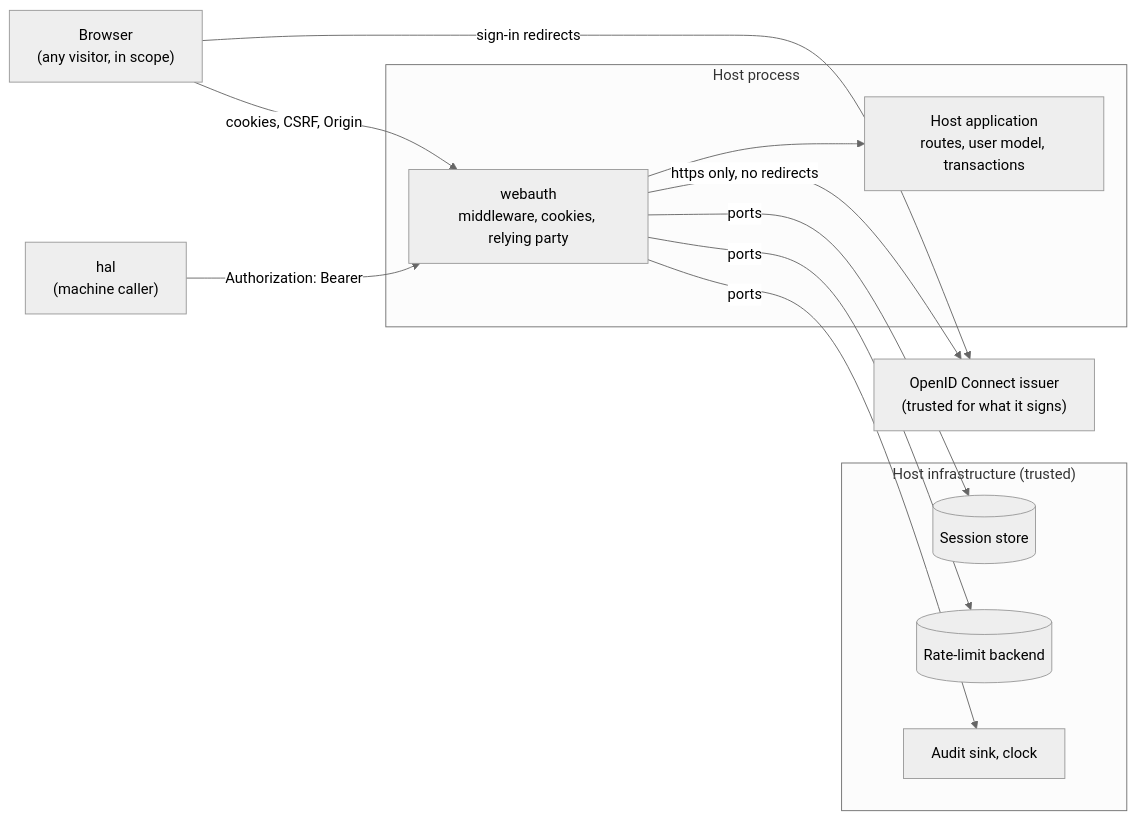
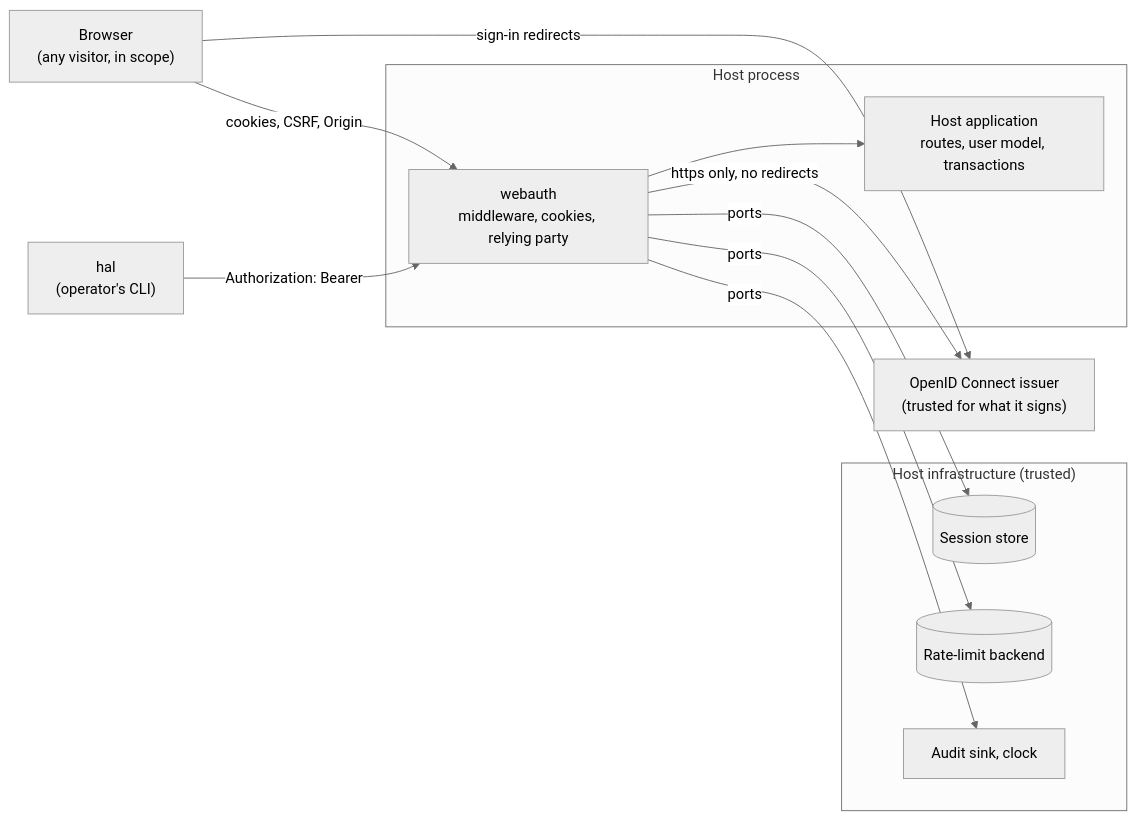
Before and after one commit to overnightworks/webauth: the first of 2 diagrams in docs/ARCHITECTURE.md, drawn with Mermaid (neutral theme). The commit also changed other lines of this file and 3 other files, not shown here.

````diff
--- a/docs/ARCHITECTURE.md
+++ b/docs/ARCHITECTURE.md
@@ -7,16 +7,16 @@
 ```mermaid
 flowchart LR
     subgraph process["Host process"]
         lib["webauth<br/>middleware, cookies, relying party"] --> host["Host application<br/>routes, user model, transactions"]
     end
     subgraph stores["Host infrastructure (trusted)"]
         sessions[("Session store")]
         limits[("Rate-limit backend")]
         audit["Audit sink, clock"]
     end
     browser["Browser<br/>(any visitor, in scope)"] -- "cookies, CSRF, Origin" --> lib
-    hal["hal<br/>(machine caller)"] -- "Authorization: Bearer" --> lib
+    hal["hal<br/>(operator's CLI)"] -- "Authorization: Bearer" --> lib
     lib -- "https only, no redirects" --> issuer["OpenID Connect issuer<br/>(trusted for what it signs)"]
     browser -- "sign-in redirects" --> issuer
     lib -- "ports" --> sessions & limits & audit
 ```
````
